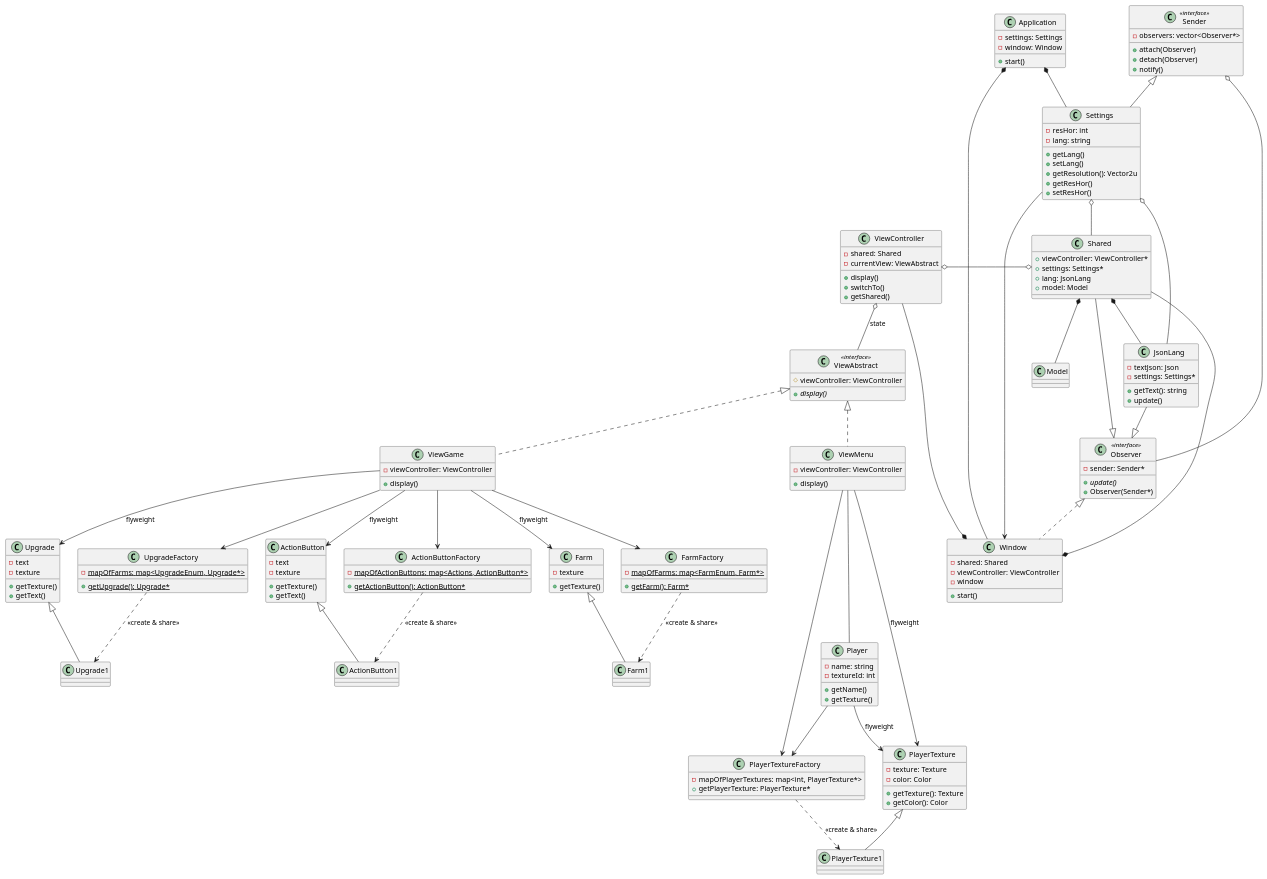
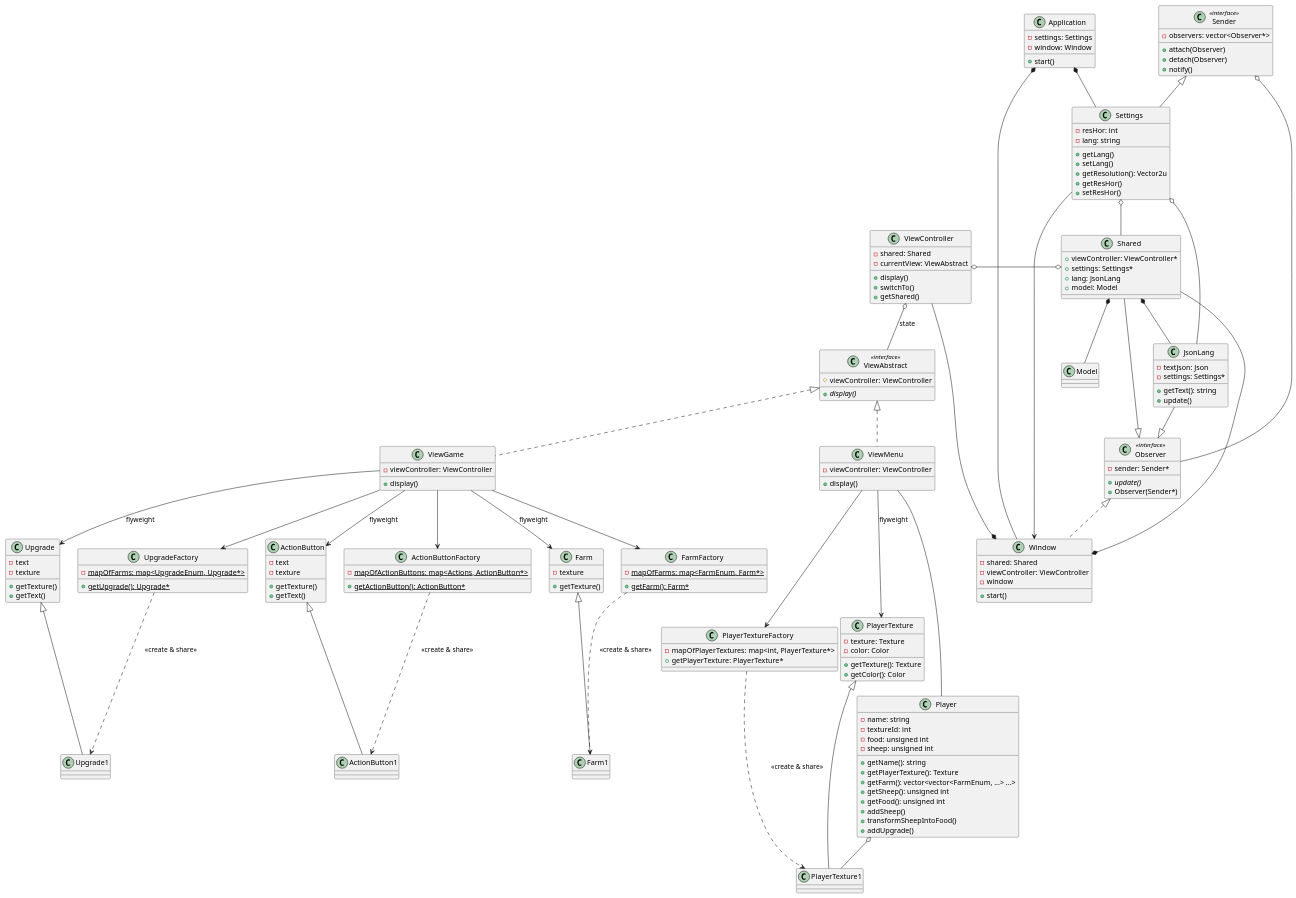
Before and after one commit to ArturBa/AlmostAgricola: the diagram in docs/UML/src/ClassUML.puml, drawn with PlantUML. The commit also changed 4 other files, not shown here.

Commit message:
Add player sheep and and food fields

```diff
--- a/docs/UML/src/ClassUML.puml
+++ b/docs/UML/src/ClassUML.puml
@@ -137,8 +137,16 @@
 class Player {
     - name: string
     - textureId: int
-    + getName()
-    + getTexture()
+    - food: unsigned int
+    - sheep: unsigned int
+    + getName(): string
+    + getPlayerTexture(): Texture
+    + getFarm(): vector<vector<FarmEnum, ...> ...>
+    + getSheep(): unsigned int
+    + getFood(): unsigned int
+    + addSheep()
+    + transformSheepIntoFood()
+    + addUpgrade()
 }
 
 'class Game{
@@ -193,7 +201,6 @@
 'Game *-- Player
 
 ViewMenu --- Player
-Player --> PlayerTextureFactory
-Player --> PlayerTexture: flyweight
+Player o-- PlayerTexture1
 
 @enduml
```
